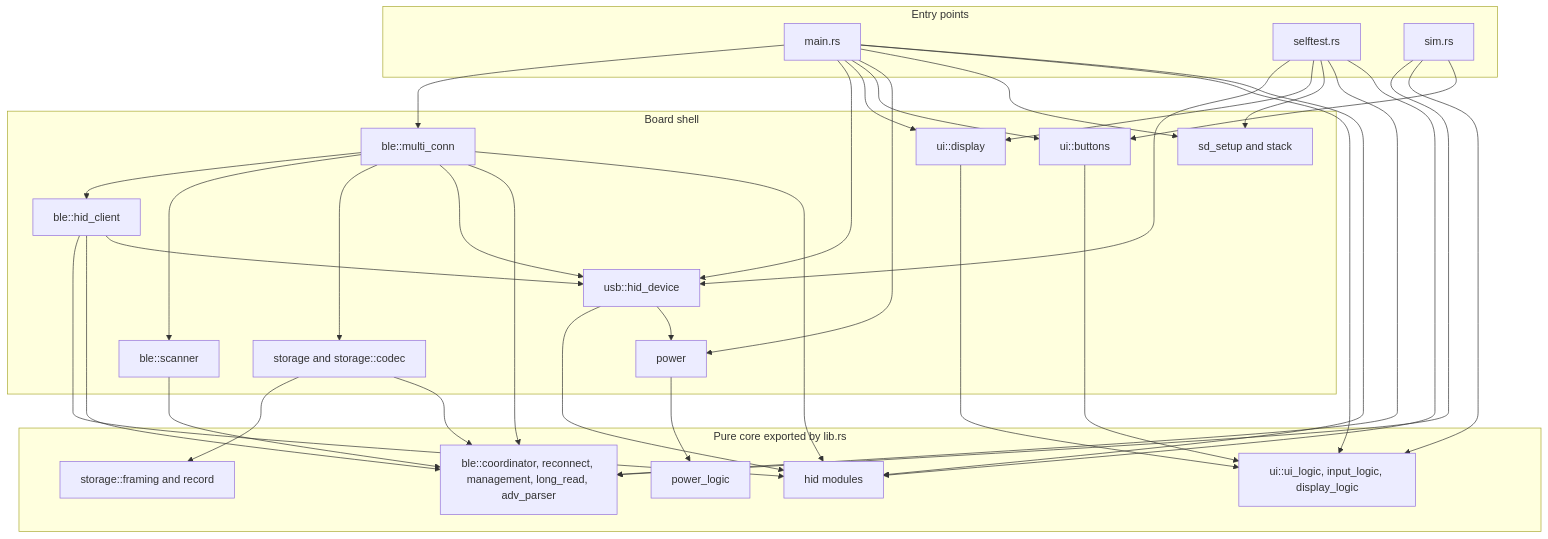
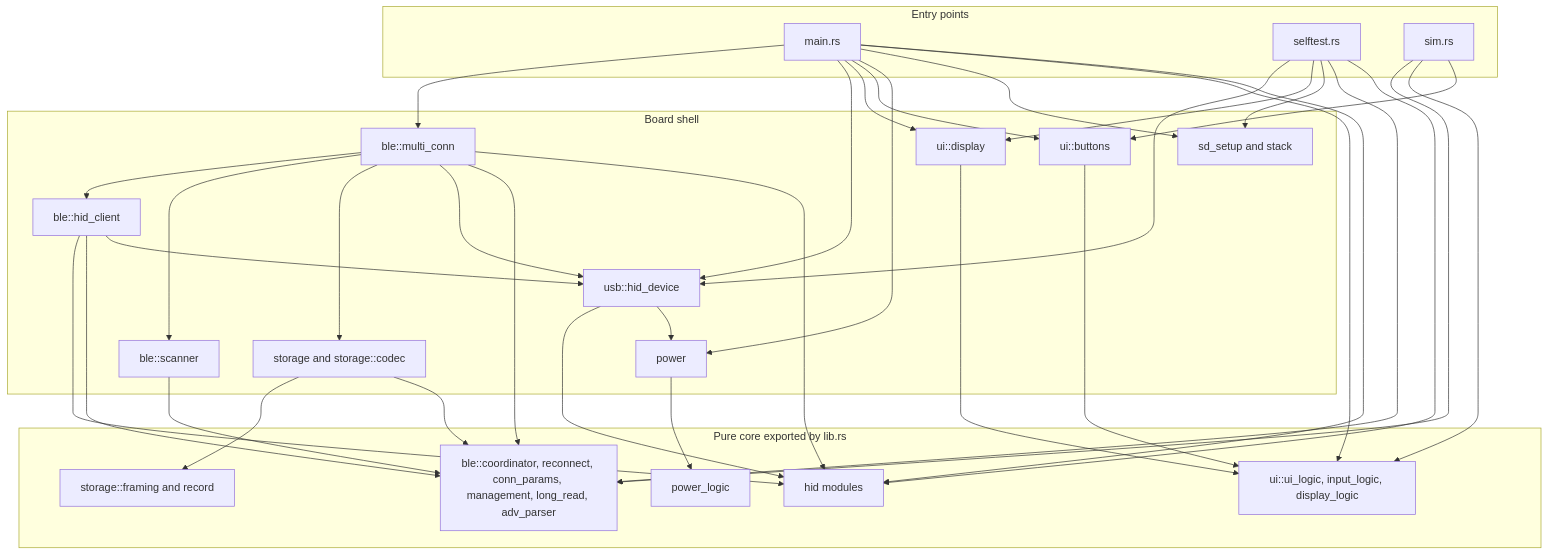
Before and after one commit to chefzaid/bt2usb: the second of 10 diagrams in docs/architecture.md, drawn with Mermaid. The commit also changed other lines of this file and 32 other files, not shown here.

````diff
--- a/docs/architecture.md
+++ b/docs/architecture.md
@@ -113,37 +115,37 @@
 ```mermaid
 flowchart TD
     subgraph entry [Entry points]
         MAIN["main.rs"]
         SELF["selftest.rs"]
         SIM["sim.rs"]
     end
     subgraph shell [Board shell]
         MC["ble::multi_conn"]
         HC["ble::hid_client"]
         SC["ble::scanner"]
         ST["storage and storage::codec"]
         USB["usb::hid_device"]
         PWR["power"]
         DSP["ui::display"]
         BTN["ui::buttons"]
         SDS["sd_setup and stack"]
     end
     subgraph core [Pure core exported by lib.rs]
-        BC["ble::coordinator, reconnect, management, long_read, adv_parser"]
+        BC["ble::coordinator, reconnect, conn_params, management, long_read, adv_parser"]
         HID["hid modules"]
         UIL["ui::ui_logic, input_logic, display_logic"]
         PL["power_logic"]
         SF["storage::framing and record"]
     end
     MAIN --> MC & USB & DSP & BTN & PWR & SDS & UIL & HID
     SELF --> USB & DSP & SDS & BC & HID
     SIM --> BC & UIL & BTN
     MC --> HC & SC & ST & USB & BC & HID
     HC --> HID & BC & USB
     SC --> BC
     ST --> SF & BC
     USB --> HID & PWR
     PWR --> PL
     DSP --> UIL
     BTN --> UIL
 ```
````
